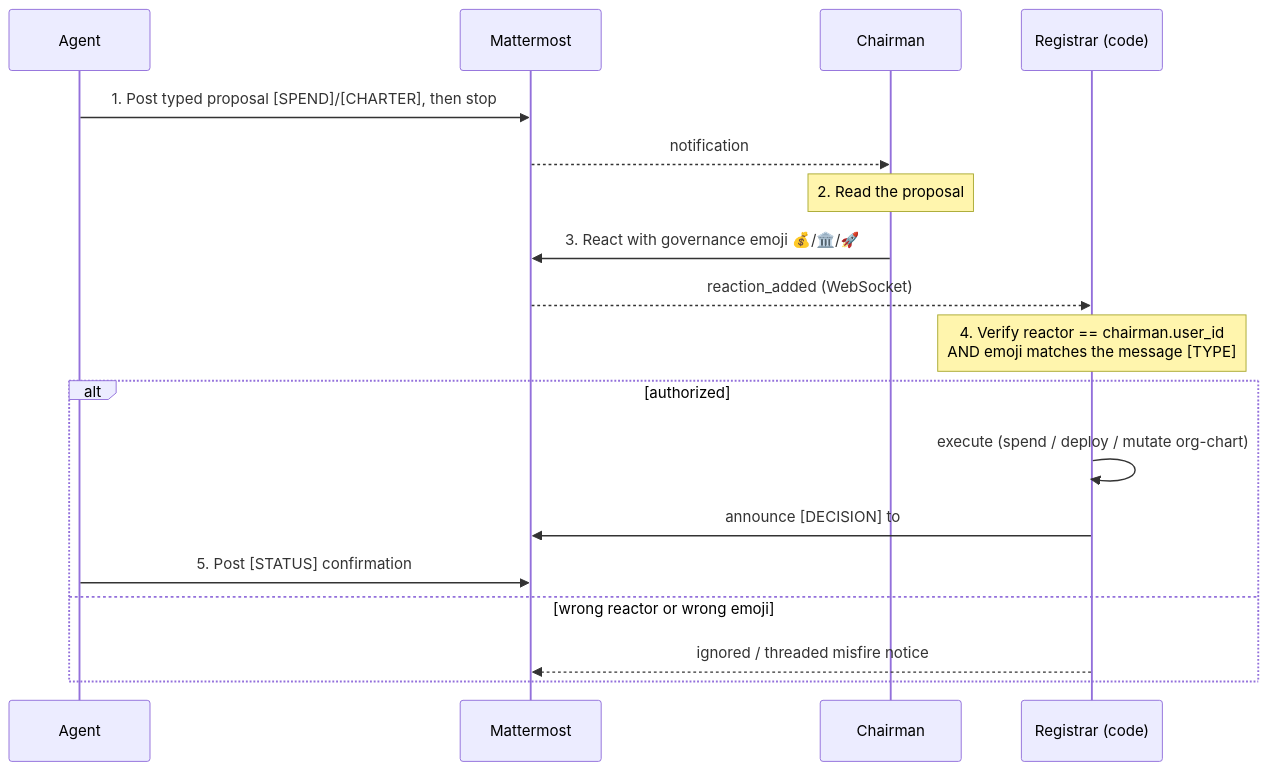
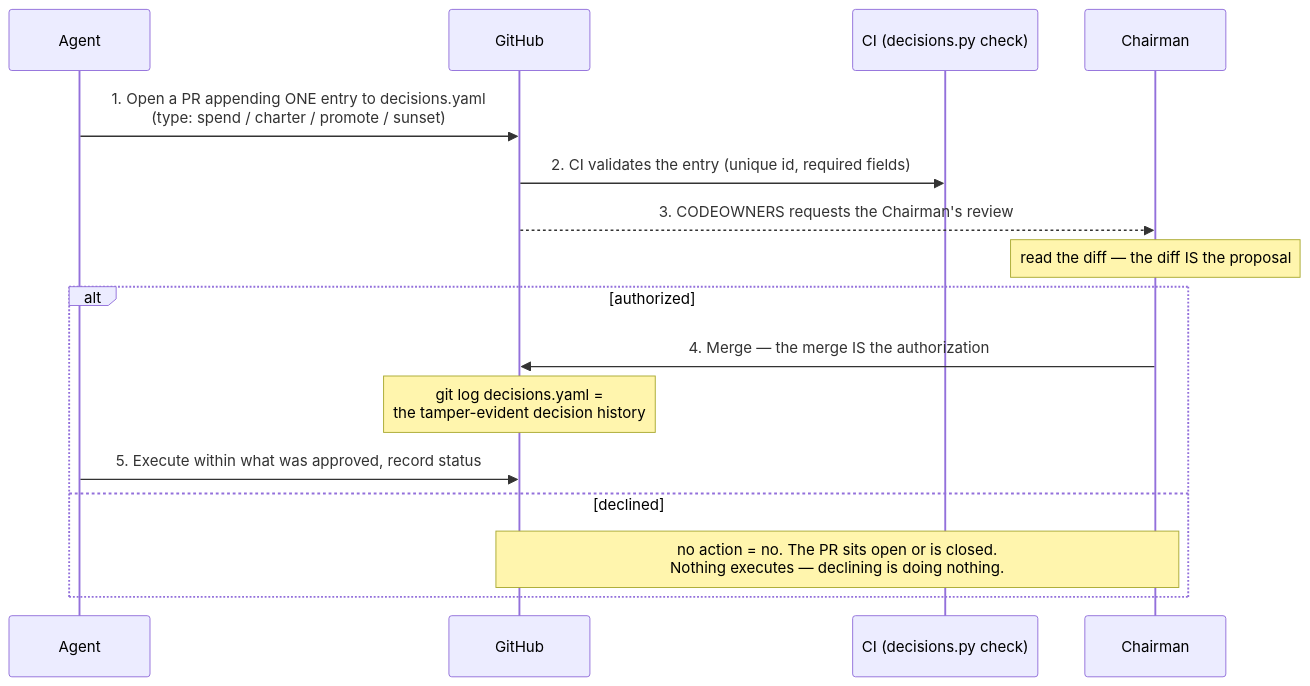
Before and after one commit to johnplantada/scrum-jail-governance-playbook: the second of 10 diagrams in docs/ARCHITECTURE.md, drawn with Mermaid. The commit also changed other lines of this file and 15 other files, not shown here.

````diff
--- a/docs/ARCHITECTURE.md
+++ b/docs/ARCHITECTURE.md
@@ -81,20 +102,18 @@
 ```mermaid
 sequenceDiagram
     participant A as Agent
-    participant M as Mattermost
+    participant GH as GitHub
+    participant CI as CI (decisions.py check)
     participant C as Chairman
-    participant R as Registrar (code)
-    A->>M: 1. Post typed proposal [SPEND]/[CHARTER], then stop
-    M-->>C: notification
-    Note over C: 2. Read the proposal
-    C->>M: 3. React with governance emoji 💰/🏛️/🚀
-    M-->>R: reaction_added (WebSocket)
-    Note over R: 4. Verify reactor == chairman.user_id<br/>AND emoji matches the message [TYPE]
+    A->>GH: 1. Open a PR appending ONE entry to decisions.yaml<br/>(type: spend / charter / promote / sunset)
+    GH->>CI: 2. CI validates the entry (unique id, required fields)
+    GH-->>C: 3. CODEOWNERS requests the Chairman's review
+    Note over C: read the diff — the diff IS the proposal
     alt authorized
-        R->>R: execute (spend / deploy / mutate org-chart)
-        R->>M: announce [DECISION] to #decisions
-        A->>M: 5. Post [STATUS] confirmation
-    else wrong reactor or wrong emoji
-        R-->>M: ignored / threaded misfire notice
+        C->>GH: 4. Merge — the merge IS the authorization
+        Note over GH: git log decisions.yaml =<br/>the tamper-evident decision history
+        A->>GH: 5. Execute within what was approved, record status
+    else declined
+        Note over C,GH: no action = no. The PR sits open or is closed.<br/>Nothing executes — declining is doing nothing.
     end
 ```
````
